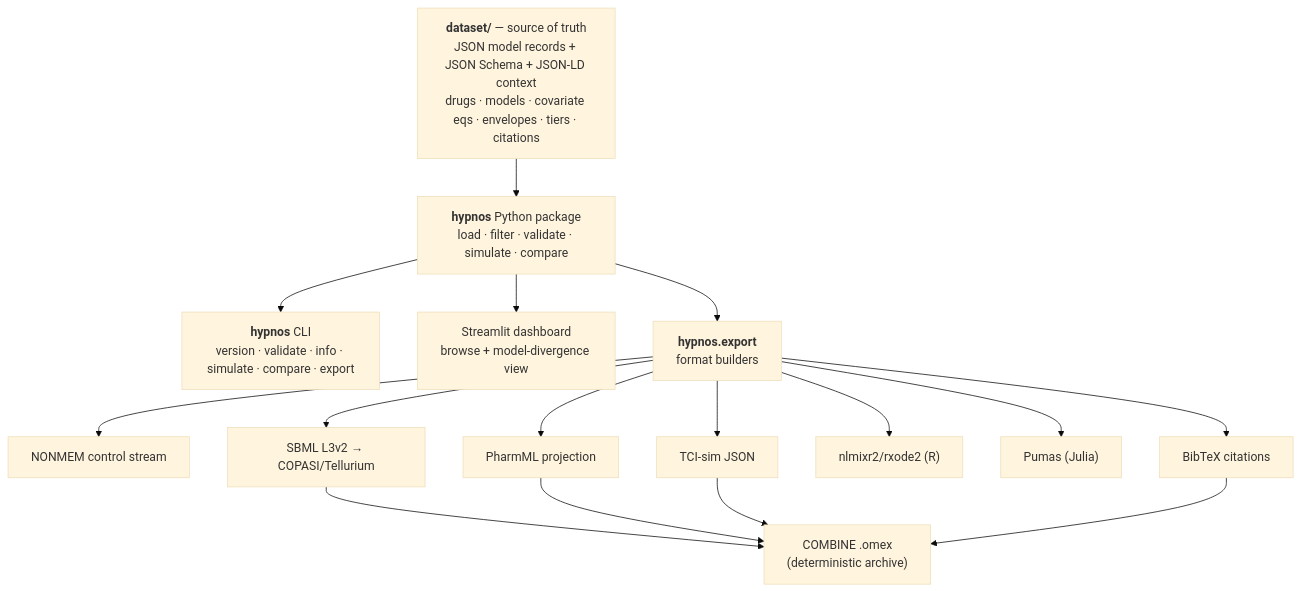
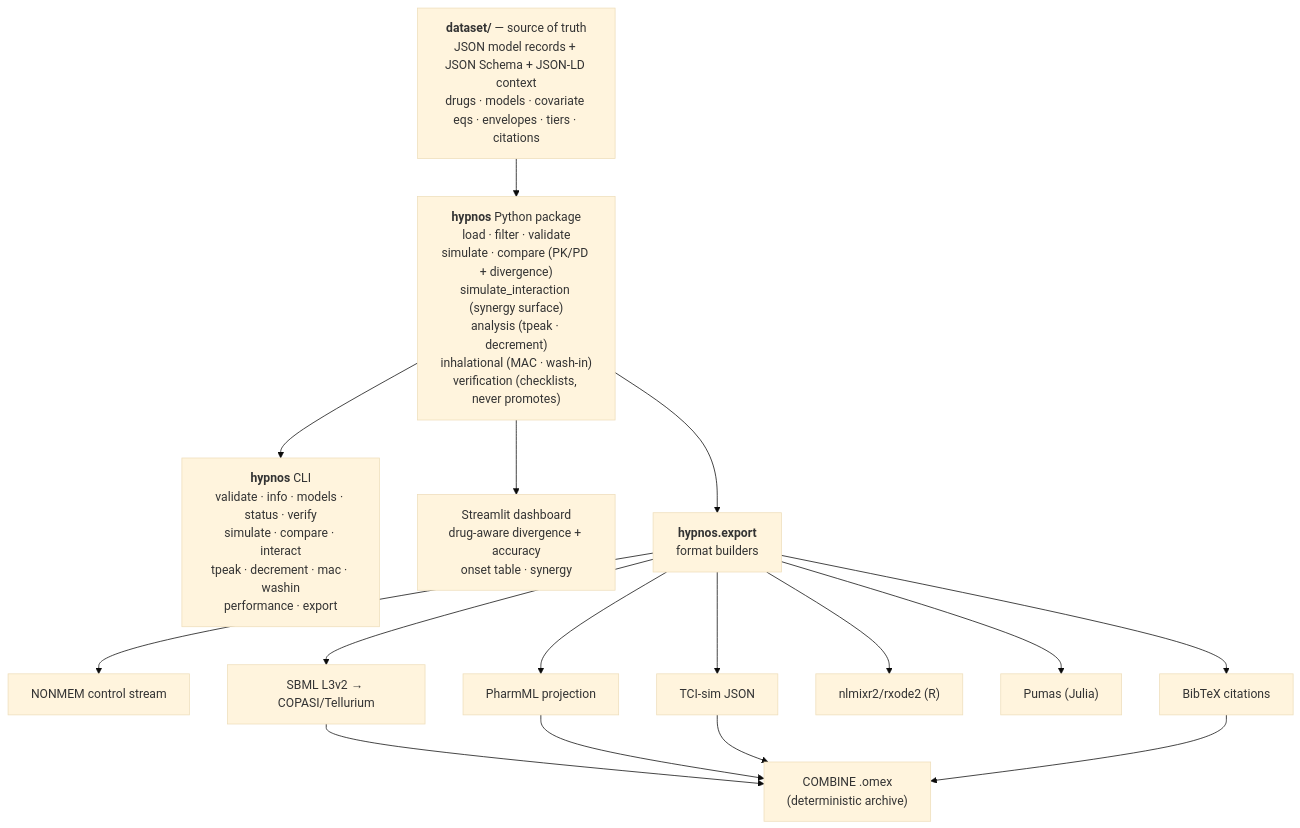
Before and after one commit to clay-good/hypnos: the first of 3 diagrams in README.md, drawn with Mermaid (base theme). The commit also changed other lines of this file and 5 other files, not shown here.

````diff
--- a/README.md
+++ b/README.md
@@ -182,19 +182,19 @@
 ```mermaid
 flowchart TD
     DS["<b>dataset/</b> — source of truth<br/>JSON model records + JSON Schema + JSON-LD context<br/>drugs · models · covariate eqs · envelopes · tiers · citations"]
-    DS --> PKG["<b>hypnos</b> Python package<br/>load · filter · validate · simulate · compare"]
-    PKG --> CLI["<b>hypnos</b> CLI<br/>version · validate · info · simulate · compare · export"]
-    PKG --> DASH["Streamlit dashboard<br/>browse + model-divergence view"]
+    DS --> PKG["<b>hypnos</b> Python package<br/>load · filter · validate<br/>simulate · compare (PK/PD + divergence)<br/>simulate_interaction (synergy surface)<br/>analysis (tpeak · decrement)<br/>inhalational (MAC · wash-in)<br/>verification (checklists, never promotes)"]
+    PKG --> CLI["<b>hypnos</b> CLI<br/>validate · info · models · status · verify<br/>simulate · compare · interact<br/>tpeak · decrement · mac · washin<br/>performance · export"]
+    PKG --> DASH["Streamlit dashboard<br/>drug-aware divergence + accuracy<br/>onset table · synergy"]
     PKG --> EXP["<b>hypnos.export</b><br/>format builders"]
     EXP --> NM["NONMEM control stream"]
     EXP --> PHARMML["PharmML projection"]
     EXP --> SBML["SBML L3v2 → COPASI/Tellurium"]
     EXP --> TCIJSON["TCI-sim JSON"]
     EXP --> RX["nlmixr2/rxode2 (R)"]
     EXP --> PUMAS["Pumas (Julia)"]
     EXP --> BIB["BibTeX citations"]
     SBML --> OMEX["COMBINE .omex<br/>(deterministic archive)"]
     PHARMML --> OMEX
     TCIJSON --> OMEX
     BIB --> OMEX
 ```
````
